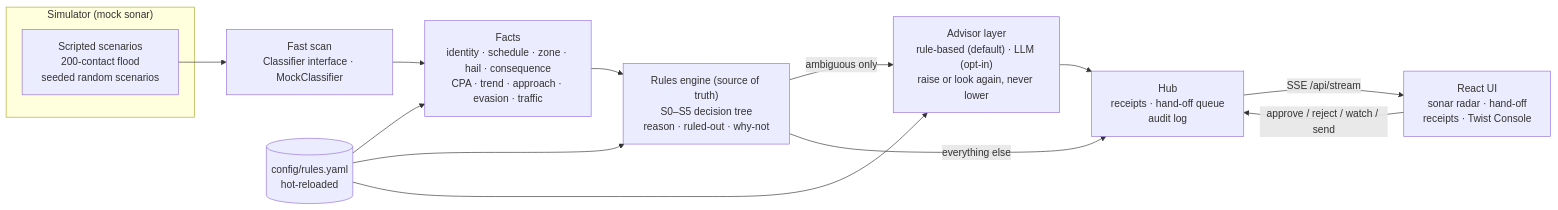
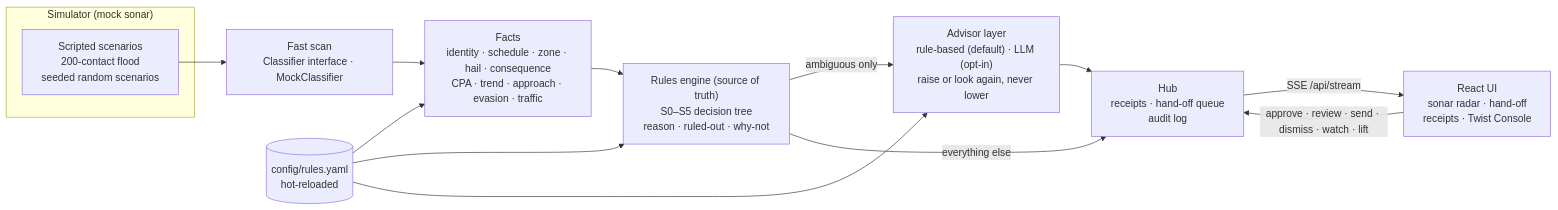
The first of 3 diagrams in README.md (kaushik-lankoji/quietwater), drawn with Mermaid before and after one commit. The commit also changed other lines of this file and 10 other files, not shown here.

````diff
--- a/README.md
+++ b/README.md
@@ -45,17 +45,17 @@
 ```mermaid
 flowchart LR
   subgraph SIM["Simulator (mock sonar)"]
     SC["Scripted scenarios<br/>200-contact flood<br/>seeded random scenarios"]
   end
   SC --> CL["Fast scan<br/>Classifier interface · MockClassifier"]
   CL --> FA["Facts<br/>identity · schedule · zone · hail · consequence<br/>CPA · trend · approach · evasion · traffic"]
   RY[("config/rules.yaml<br/>hot-reloaded")] --> FA
   RY --> EN
   RY --> AD
   FA --> EN["Rules engine (source of truth)<br/>S0–S5 decision tree<br/>reason · ruled-out · why-not"]
   EN -- "ambiguous only" --> AD["Advisor layer<br/>rule-based (default) · LLM (opt-in)<br/>raise or look again, never lower"]
   EN -- "everything else" --> HUB
   AD --> HUB["Hub<br/>receipts · hand-off queue<br/>audit log"]
   HUB -- "SSE /api/stream" --> UI["React UI<br/>sonar radar · hand-off<br/>receipts · Twist Console"]
-  UI -- "approve / reject / watch / send" --> HUB
+  UI -- "approve · review · send · dismiss · watch · lift" --> HUB
 ```
````
